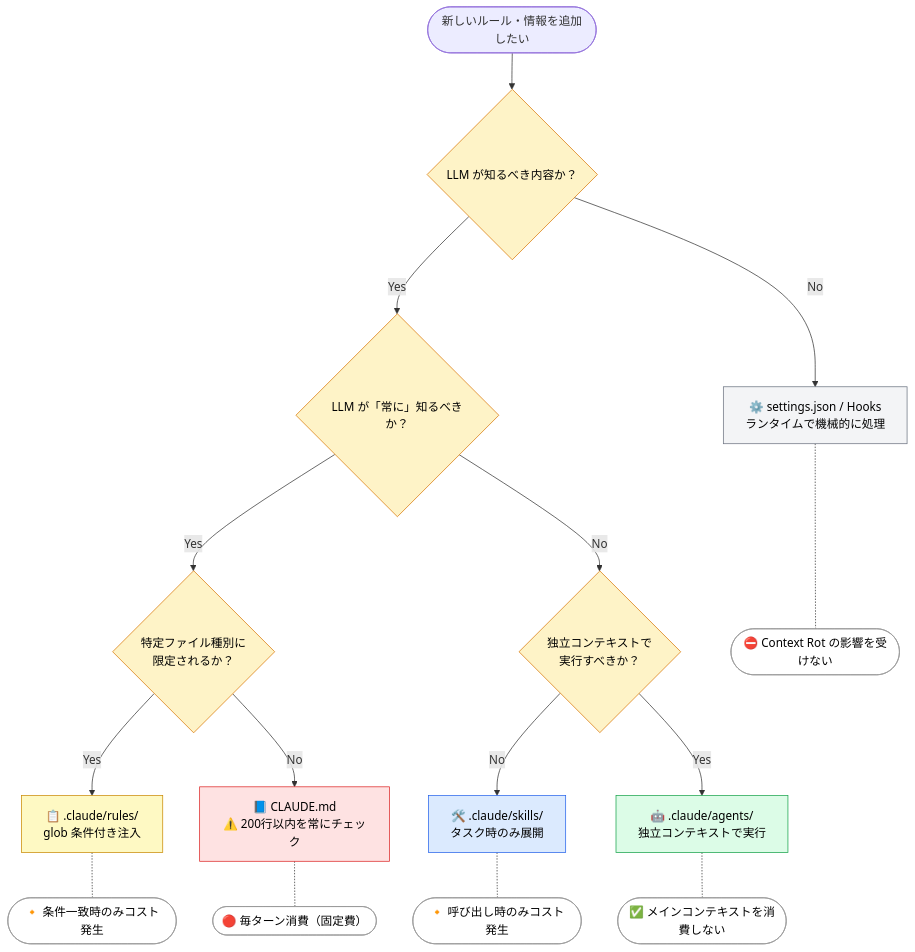
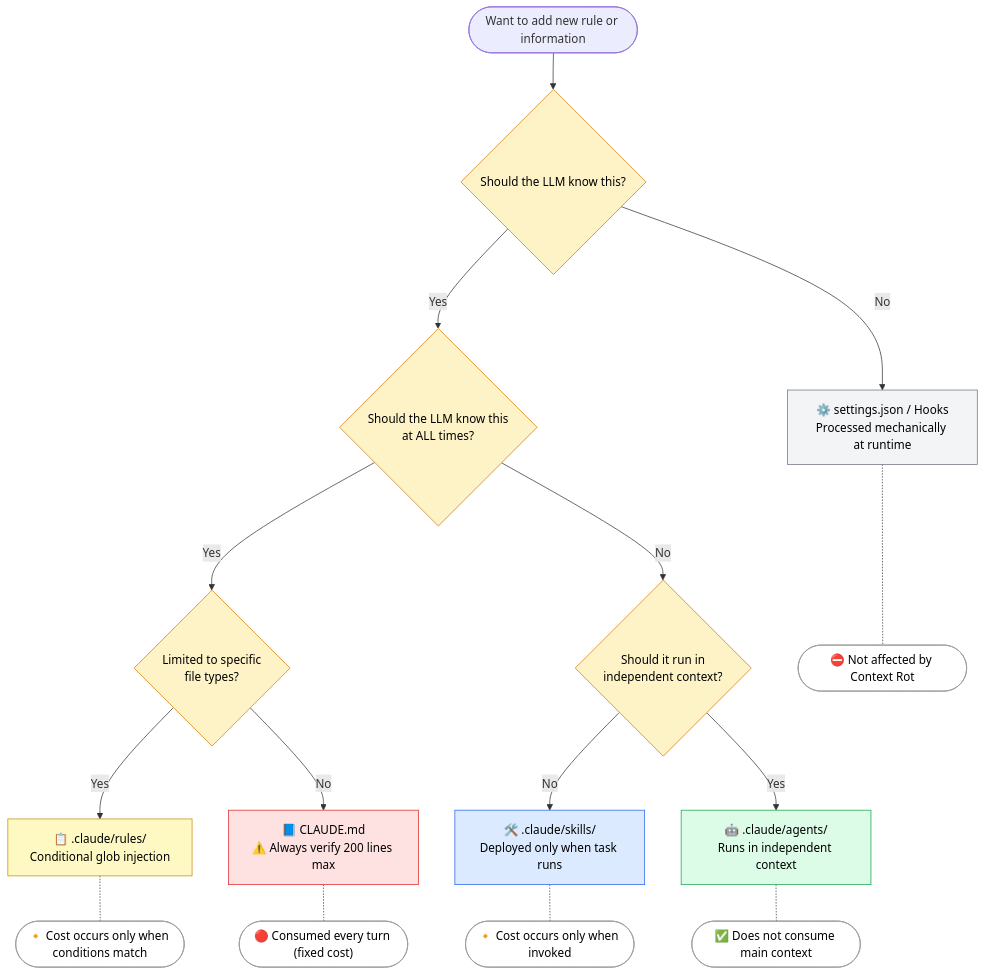
One commit to shuji-bonji/understanding-llm-through-claude-code changed the diagram in docs/02-context-window/injection-timing.md. Above: the diagram before and after it, drawn with Mermaid. The commit also changed other lines of this file and 100 other files, not shown here.

````diff
--- a/docs/02-context-window/injection-timing.md
+++ b/docs/02-context-window/injection-timing.md
@@ -66,52 +68,52 @@
 ```mermaid
 flowchart TD
-    START(["新しいルール・情報を追加したい"])
-    Q1{"LLM が知るべき内容か？"}
-    Q2{"LLM が「常に」知るべきか？"}
-    Q3{"特定ファイル種別に<br/>限定されるか？"}
-    Q4{"独立コンテキストで<br/>実行すべきか？"}
+    START(["Want to add new rule or information"])
+    Q1{"Should the LLM know this?"}
+    Q2{"Should the LLM know this<br/>at ALL times?"}
+    Q3{"Limited to specific<br/>file types?"}
+    Q4{"Should it run in<br/>independent context?"}
 
-    R1["⚙️ settings.json / Hooks<br/>ランタイムで機械的に処理"]
-    R2["📋 .claude/rules/<br/>glob 条件付き注入"]
-    R3["📘 CLAUDE.md<br/>⚠️ 200行以内を常にチェック"]
-    R4["🛠️ .claude/skills/<br/>タスク時のみ展開"]
-    R5["🤖 .claude/agents/<br/>独立コンテキストで実行"]
+    R1["⚙️ settings.json / Hooks<br/>Processed mechanically at runtime"]
+    R2["📋 .claude/rules/<br/>Conditional glob injection"]
+    R3["📘 CLAUDE.md<br/>⚠️ Always verify 200 lines max"]
+    R4["🛠️ .claude/skills/<br/>Deployed only when task runs"]
+    R5["🤖 .claude/agents/<br/>Runs in independent context"]
 
-    W1(["⛔ Context Rot の影響を受けない"])
-    W2(["🔸 条件一致時のみコスト発生"])
-    W3(["🔴 毎ターン消費（固定費）"])
-    W4(["🔸 呼び出し時のみコスト発生"])
-    W5(["✅ メインコンテキストを消費しない"])
+    W1(["⛔ Not affected by Context Rot"])
+    W2(["🔸 Cost occurs only when conditions match"])
+    W3(["🔴 Consumed every turn (fixed cost)"])
+    W4(["🔸 Cost occurs only when invoked"])
+    W5(["✅ Does not consume main context"])
 
     START --> Q1
     Q1 -->|No| R1
     Q1 -->|Yes| Q2
     Q2 -->|Yes| Q3
     Q2 -->|No| Q4
     Q3 -->|Yes| R2
     Q3 -->|No| R3
     Q4 -->|No| R4
     Q4 -->|Yes| R5
 
     R1 -.- W1
     R2 -.- W2
     R3 -.- W3
     R4 -.- W4
     R5 -.- W5
 
     classDef decision fill:#fef3c7,stroke:#d97706,color:#000
     classDef runtime fill:#f3f4f6,stroke:#6b7280,color:#000
     classDef conditional fill:#fef9c3,stroke:#ca8a04,color:#000
     classDef always fill:#fee2e2,stroke:#dc2626,color:#000
     classDef ondemand fill:#dbeafe,stroke:#2563eb,color:#000
     classDef independent fill:#dcfce7,stroke:#16a34a,color:#000
     classDef note fill:#fff,stroke:#999,color:#000
 
     class Q1,Q2,Q3,Q4 decision
     class R1 runtime
     class R2 conditional
     class R3 always
     class R4 ondemand
     class R5 independent
     class W1,W2,W3,W4,W5 note
 ```
````
